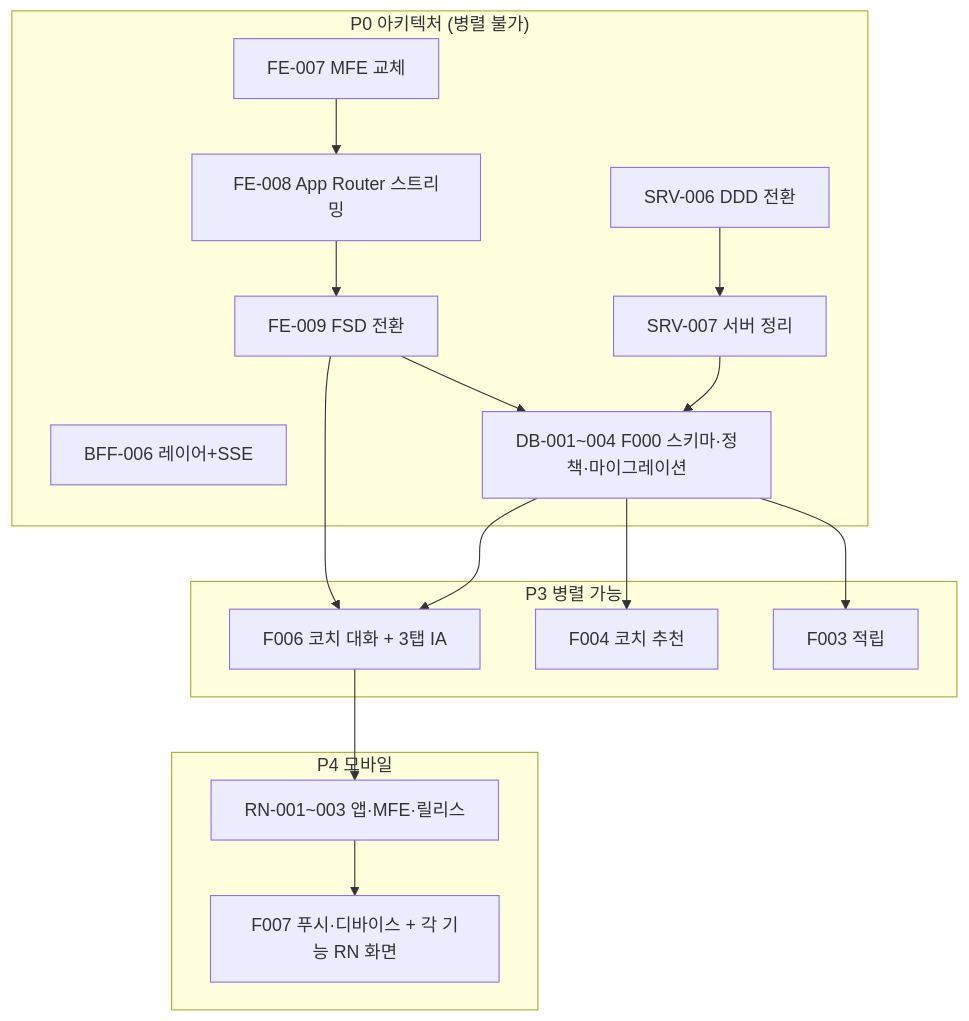
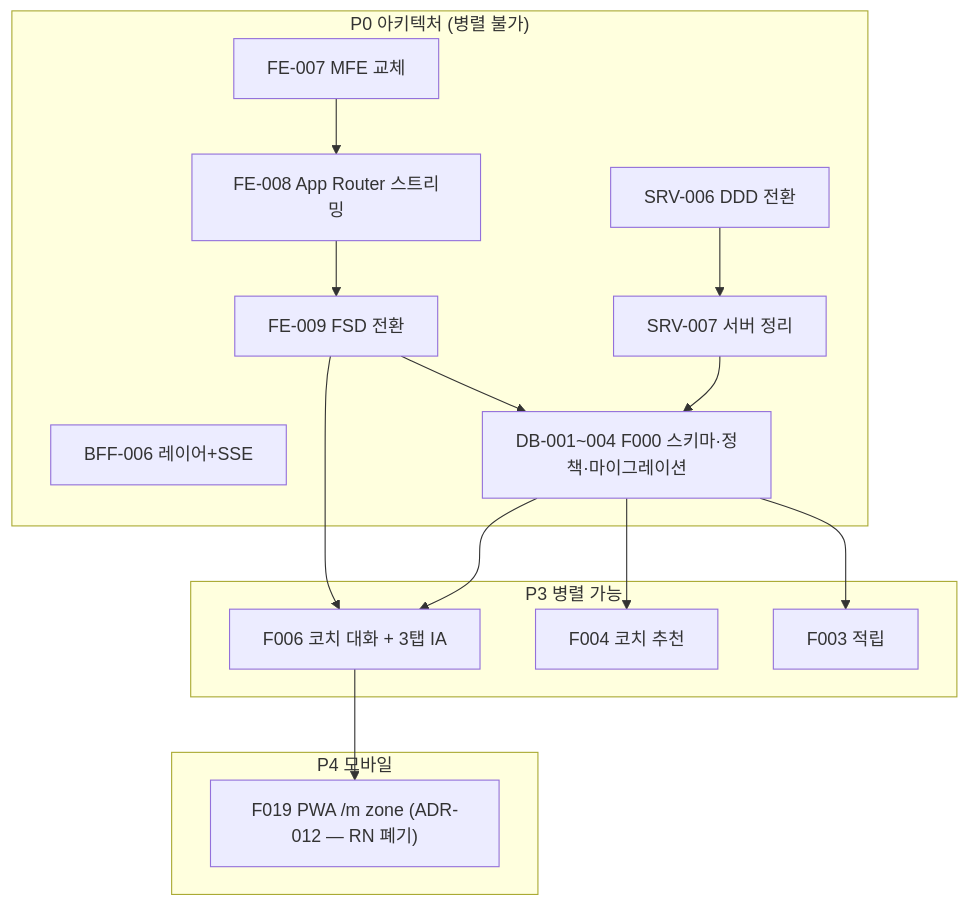
Before and after one commit to kwangyoulsagong/SALT: the diagram in requirements/specs/in-progress/salt-requirements-master-index.md, drawn with Mermaid. The commit also changed other lines of this file and 95 other files, not shown here.

First line of the commit message:
docs!: 모바일 = PWA — RN 폐기 · 같은 origin /m 전용 zone 결정 (ADR-012 · F019 순서 0)

````diff
--- a/requirements/specs/in-progress/salt-requirements-master-index.md
+++ b/requirements/specs/in-progress/salt-requirements-master-index.md
@@ -167,22 +168,22 @@
 ```mermaid
 flowchart TB
   subgraph P0["P0 아키텍처 (병렬 불가)"]
     A1["FE-007 MFE 교체"] --> A2["FE-008 App Router 스트리밍"] --> A3["FE-009 FSD 전환"]
     B1["SRV-006 DDD 전환"] --> B2["SRV-007 서버 정리"]
     C1["BFF-006 레이어+SSE"]
     D1["DB-001~004 F000 스키마·정책·마이그레이션"]
   end
   subgraph P3["P3 병렬 가능"]
     G["F003 적립"]
     H["F004 코치 추천"]
     I["F006 코치 대화 + 3탭 IA"]
   end
   subgraph P4["P4 모바일"]
-    J["RN-001~003 앱·MFE·릴리스"] --> K["F007 푸시·디바이스 + 각 기능 RN 화면"]
+    J["F019 PWA /m zone (ADR-012 — RN 폐기)"]
   end
   A3 --> D1
   B2 --> D1
   D1 --> G & H & I
   A3 --> I
   I --> J
 ```
````
